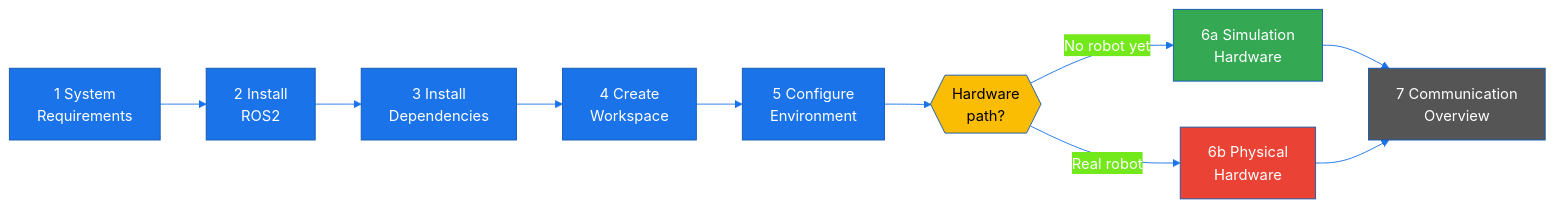
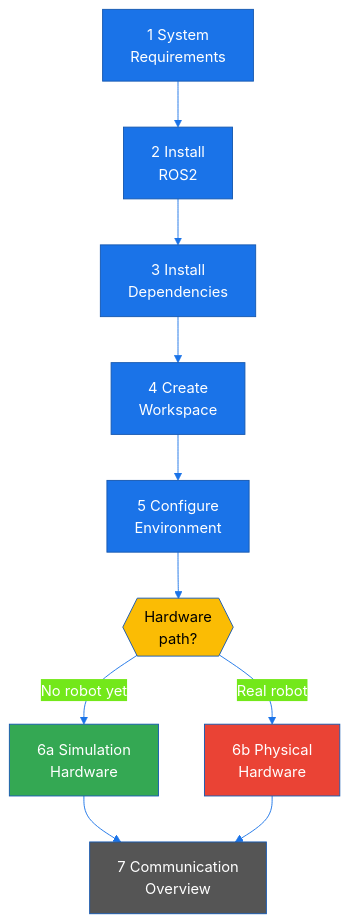
One commit to movensys/wmx_ros2_doc changed the diagram in doc/getting_started/index.rst. Above: the diagram before and after it, drawn with Mermaid.

Commit message:
changed diagram layout

```diff
--- a/doc/getting_started/index.rst
+++ b/doc/getting_started/index.rst
@@ -10,31 +10,31 @@
 .. mermaid::
    :caption: Getting Started — step-by-step flow
    :zoom:
 
    %%{init: {"theme": "base", "themeVariables": {"primaryColor": "#1a73e8", "primaryTextColor": "#fff", "primaryBorderColor": "#1558b0", "lineColor": "#1a73e8"}}}%%
-   flowchart LR
+   flowchart TB
        S1["1 System<br/>Requirements"]
        S2["2 Install<br/>ROS2"]
        S3["3 Install<br/>Dependencies"]
        S4["4 Create<br/>Workspace"]
        S5["5 Configure<br/>Environment"]
        S6{{"Hardware<br/>path?"}}
        S7["6a Simulation<br/>Hardware"]
        S8["6b Physical<br/>Hardware"]
        S9["7 Communication<br/>Overview"]
 
        S1 --> S2 --> S3 --> S4 --> S5 --> S6
        S6 -->|"No robot yet"| S7
        S6 -->|"Real robot"| S8
        S7 --> S9
        S8 --> S9
 
        style S1 fill:#1a73e8,color:#fff
        style S2 fill:#1a73e8,color:#fff
        style S3 fill:#1a73e8,color:#fff
        style S4 fill:#1a73e8,color:#fff
        style S5 fill:#1a73e8,color:#fff
        style S7 fill:#34a853,color:#fff
        style S8 fill:#ea4335,color:#fff
        style S9 fill:#555,color:#fff
        style S6 fill:#fbbc04,color:#000
```
